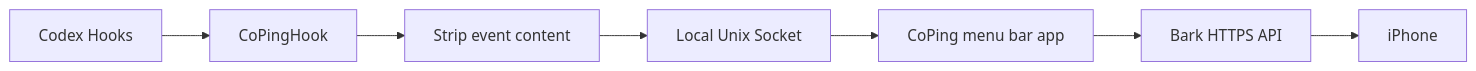
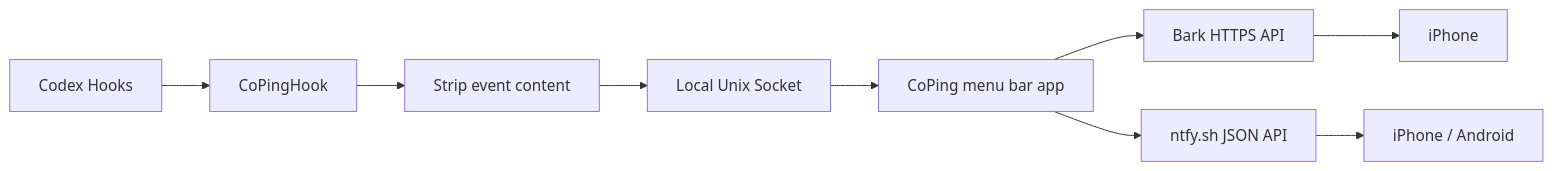
The diagram in README.en.md (massif-01/CoPing), drawn with Mermaid before and after one commit. The commit also changed other lines of this file and 22 other files, not shown here.

````diff
--- a/README.en.md
+++ b/README.en.md
@@ -31,9 +31,11 @@
 ```mermaid
 flowchart LR
     A["Codex Hooks"] --> B["CoPingHook"]
     B --> C["Strip event content"]
     C --> D["Local Unix Socket"]
     D --> E["CoPing menu bar app"]
     E --> F["Bark HTTPS API"]
+    E --> H["ntfy.sh JSON API"]
     F --> G["iPhone"]
+    H --> I["iPhone / Android"]
 ```
````
